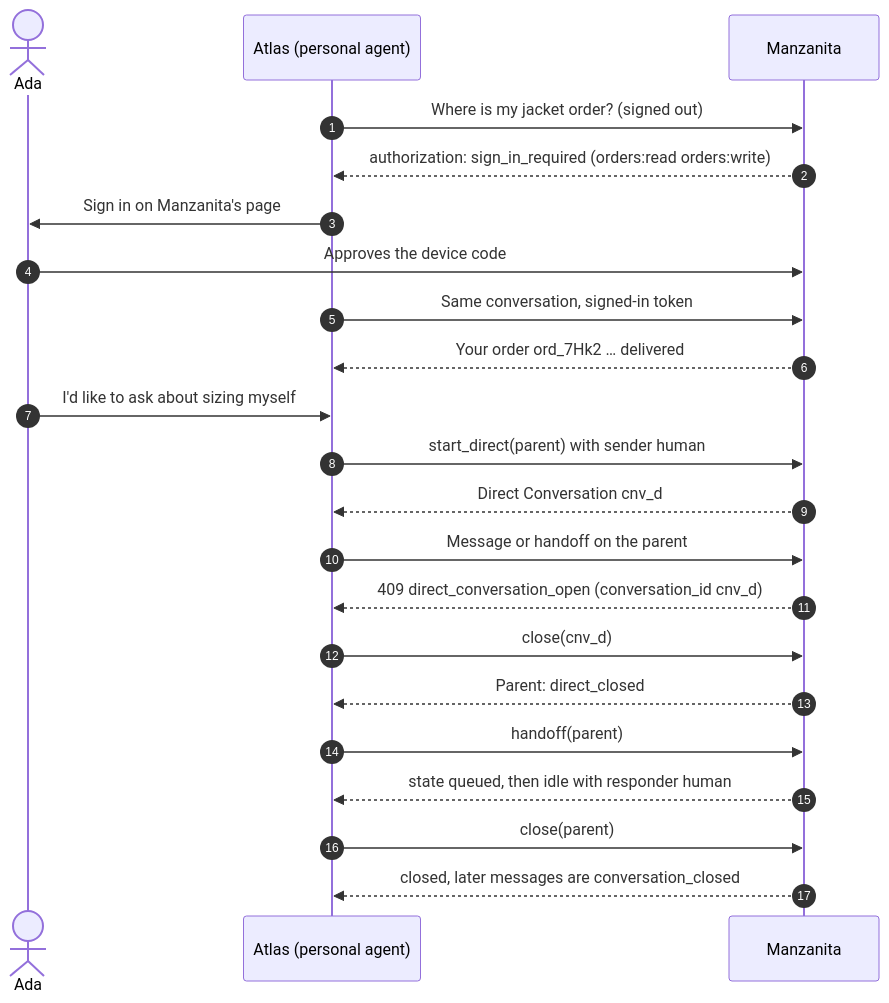
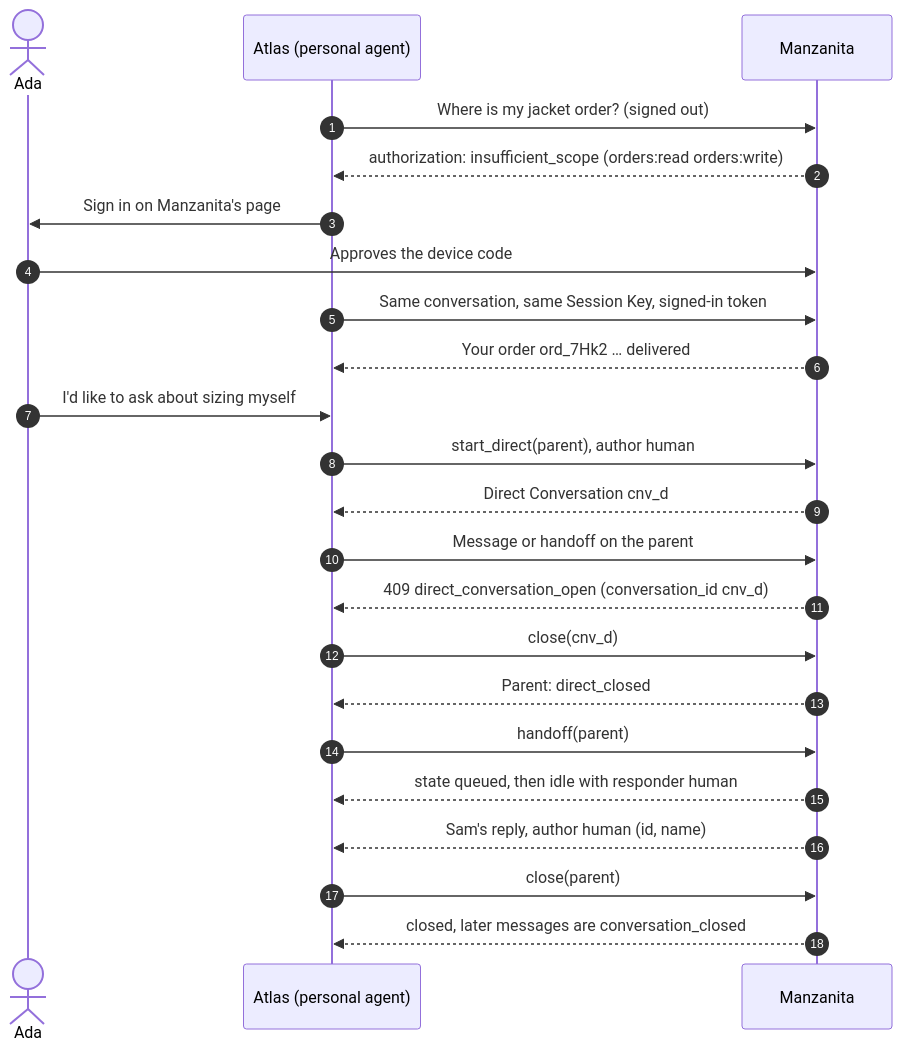
Before and after one commit to datalayer/personal-agent-protocol: the diagram in docs/docs/examples/conversation-control.mdx, drawn with Mermaid. The commit also changed other lines of this file and 95 other files, not shown here.

````diff
--- a/docs/docs/examples/conversation-control.mdx
+++ b/docs/docs/examples/conversation-control.mdx
@@ -19,24 +19,25 @@
 ```mermaid
 sequenceDiagram
   autonumber
   actor Ada
   participant Atlas as Atlas (personal agent)
   participant Company as Manzanita
   Atlas->>Company: Where is my jacket order? (signed out)
-  Company-->>Atlas: authorization: sign_in_required (orders:read orders:write)
+  Company-->>Atlas: authorization: insufficient_scope (orders:read orders:write)
   Atlas->>Ada: Sign in on Manzanita's page
   Ada->>Company: Approves the device code
-  Atlas->>Company: Same conversation, signed-in token
+  Atlas->>Company: Same conversation, same Session Key, signed-in token
   Company-->>Atlas: Your order ord_7Hk2 … delivered
   Ada->>Atlas: I'd like to ask about sizing myself
-  Atlas->>Company: start_direct(parent) with sender human
+  Atlas->>Company: start_direct(parent), author human
   Company-->>Atlas: Direct Conversation cnv_d
   Atlas->>Company: Message or handoff on the parent
   Company-->>Atlas: 409 direct_conversation_open (conversation_id cnv_d)
   Atlas->>Company: close(cnv_d)
   Company-->>Atlas: Parent: direct_closed
   Atlas->>Company: handoff(parent)
   Company-->>Atlas: state queued, then idle with responder human
+  Company-->>Atlas: Sam's reply, author human (id, name)
   Atlas->>Company: close(parent)
   Company-->>Atlas: closed, later messages are conversation_closed
 ```
````
